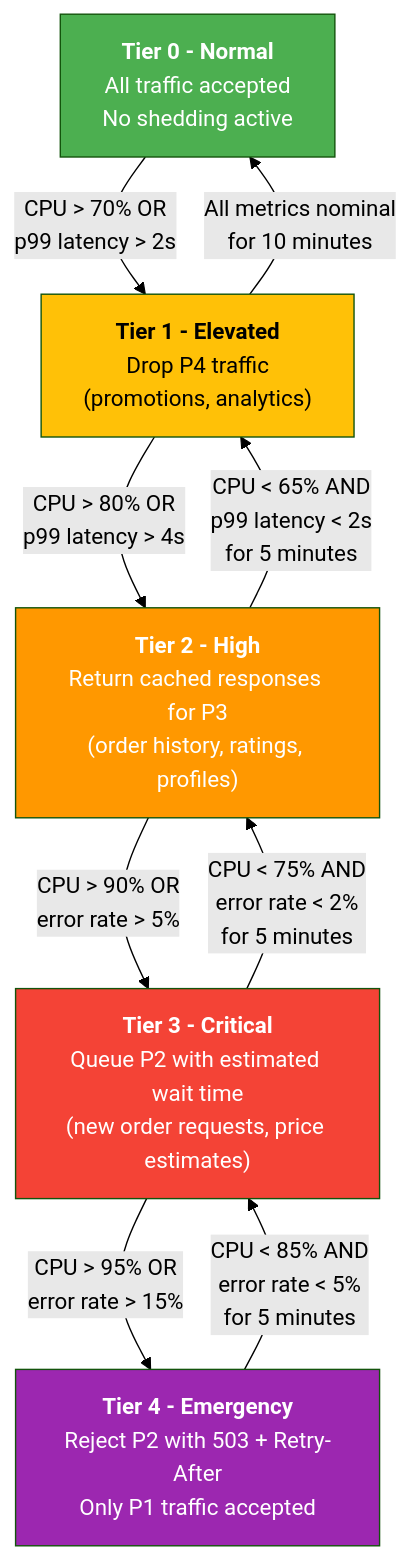
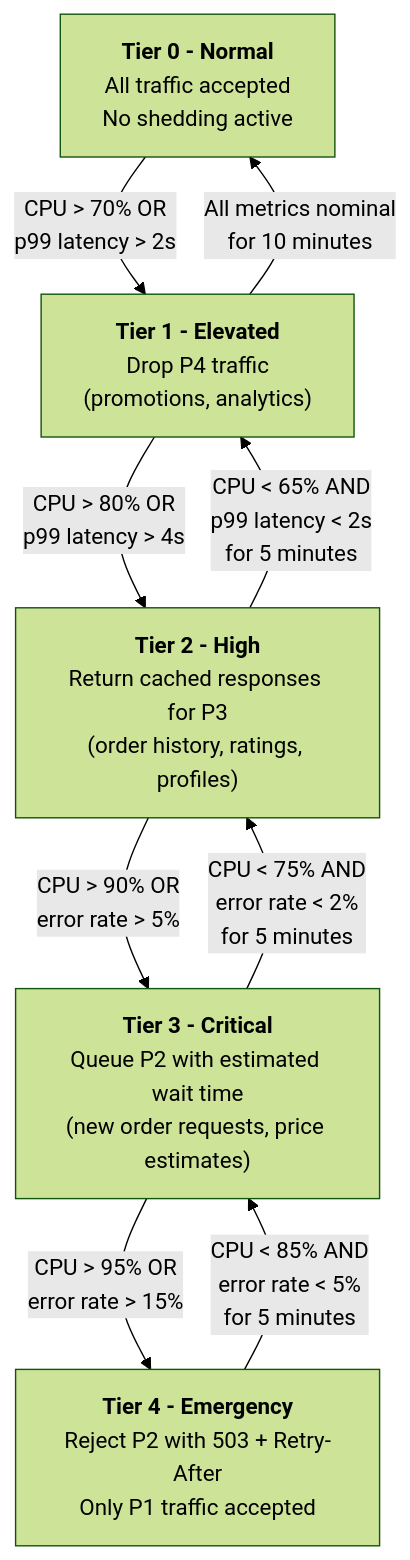
Before and after one commit to rishikeshdhokare/platform-manifesto: the second of 4 diagrams in 05-operational-excellence/05-load-shedding.md, drawn with Mermaid (forest theme). The commit also changed other lines of this file and 14 other files, not shown here.

First line of the commit message:
fix: remove mermaid style directives (119 lines across 15 files)

````diff
--- a/05-operational-excellence/05-load-shedding.md
+++ b/05-operational-excellence/05-load-shedding.md
@@ -121,23 +121,18 @@
 ```mermaid
 flowchart TD
     T0["<b>Tier 0 - Normal</b><br/>All traffic accepted<br/>No shedding active"]
     T1["<b>Tier 1 - Elevated</b><br/>Drop P4 traffic<br/>(promotions, analytics)"]
     T2["<b>Tier 2 - High</b><br/>Return cached responses for P3<br/>(order history, ratings, profiles)"]
     T3["<b>Tier 3 - Critical</b><br/>Queue P2 with estimated wait time<br/>(new order requests, price estimates)"]
     T4["<b>Tier 4 - Emergency</b><br/>Reject P2 with 503 + Retry-After<br/>Only P1 traffic accepted"]
 
     T0 -->|"CPU > 70% OR<br/>p99 latency > 2s"| T1
     T1 -->|"CPU > 80% OR<br/>p99 latency > 4s"| T2
     T2 -->|"CPU > 90% OR<br/>error rate > 5%"| T3
     T3 -->|"CPU > 95% OR<br/>error rate > 15%"| T4
     T4 -->|"CPU < 85% AND<br/>error rate < 5%<br/>for 5 minutes"| T3
     T3 -->|"CPU < 75% AND<br/>error rate < 2%<br/>for 5 minutes"| T2
     T2 -->|"CPU < 65% AND<br/>p99 latency < 2s<br/>for 5 minutes"| T1
     T1 -->|"All metrics nominal<br/>for 10 minutes"| T0
 
-    style T0 fill:#4CAF50,color:#fff
-    style T1 fill:#FFC107,color:#000
-    style T2 fill:#FF9800,color:#fff
-    style T3 fill:#F44336,color:#fff
-    style T4 fill:#9C27B0,color:#fff
 ```
````
